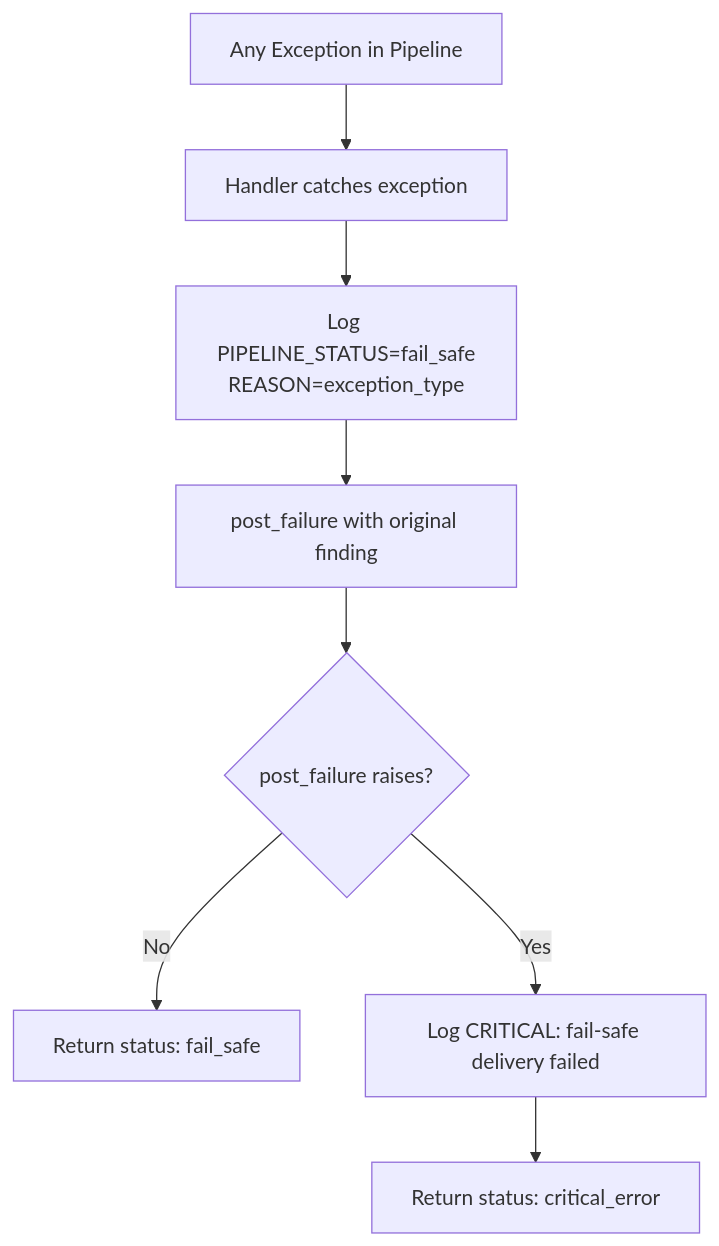
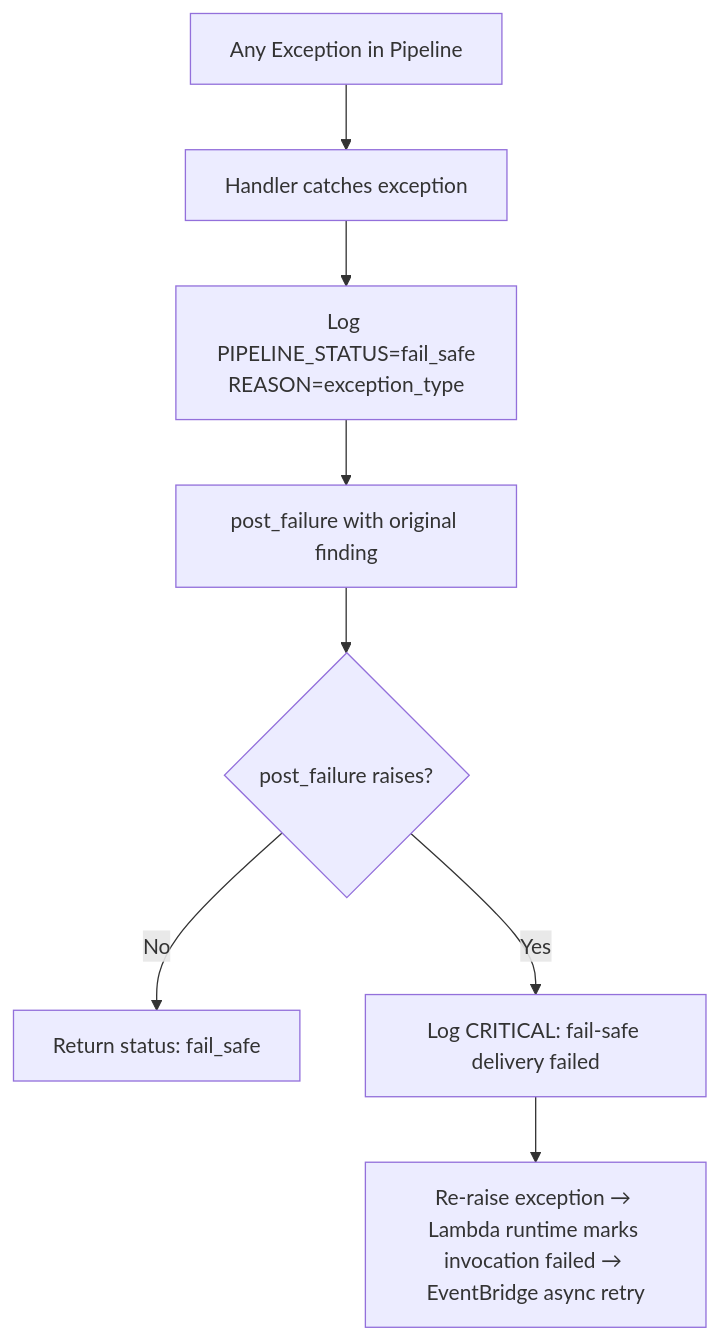
The second of 3 diagrams in .kiro/specs/bedrock-triage-slack/design.md (AmirithaGuru/soc-triage-guardrails), drawn with Mermaid before and after one commit. The commit also changed other lines of this file and 2 other files, not shown here.

Commit message:
docs(spec): update Spec 2 for Haiku 4.5, content blocks, timeouts and fail-safe re-raise

````diff
--- a/.kiro/specs/bedrock-triage-slack/design.md
+++ b/.kiro/specs/bedrock-triage-slack/design.md
@@ -35,10 +35,10 @@
 ```mermaid
 flowchart TD
     A[Any Exception in Pipeline] --> B[Handler catches exception]
     B --> C[Log PIPELINE_STATUS=fail_safe\nREASON=exception_type]
     C --> D[post_failure with original finding]
     D --> E{post_failure raises?}
     E -- No --> F[Return status: fail_safe]
     E -- Yes --> G[Log CRITICAL: fail-safe delivery failed]
-    G --> H[Return status: critical_error]
+    G --> H[Re-raise exception → Lambda runtime marks invocation failed → EventBridge async retry]
 ```
````
